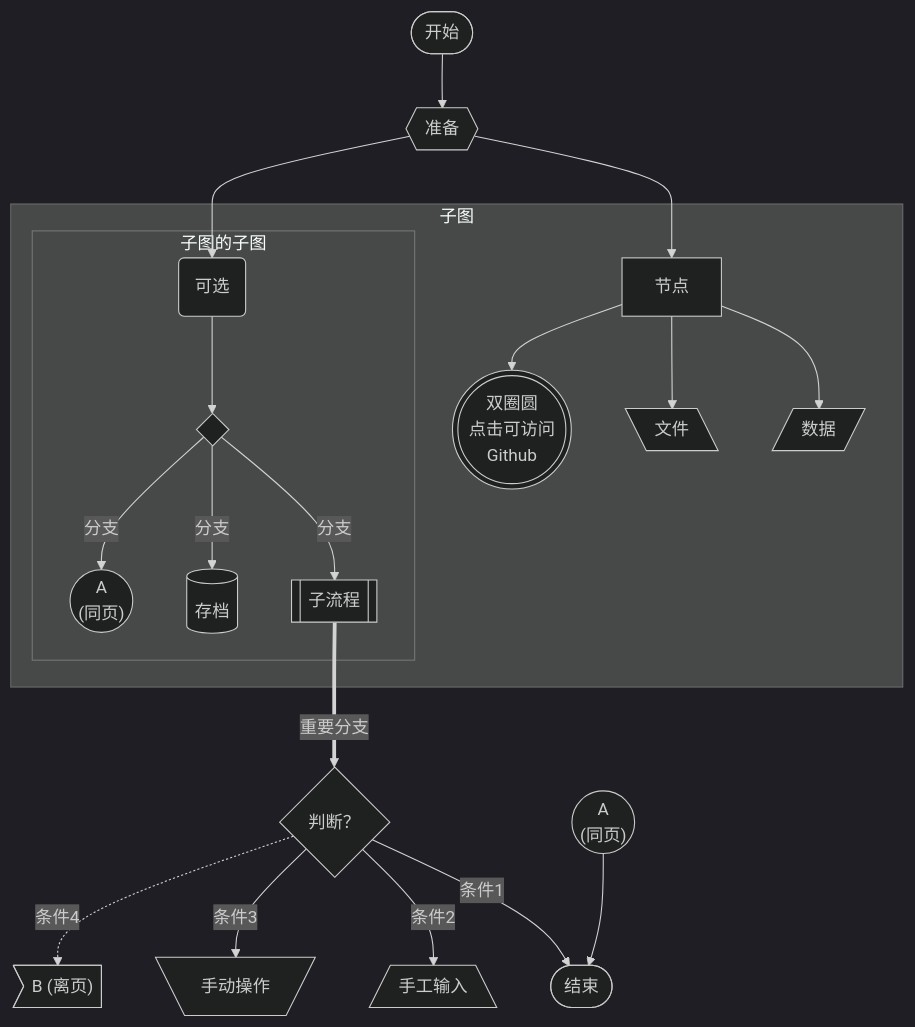
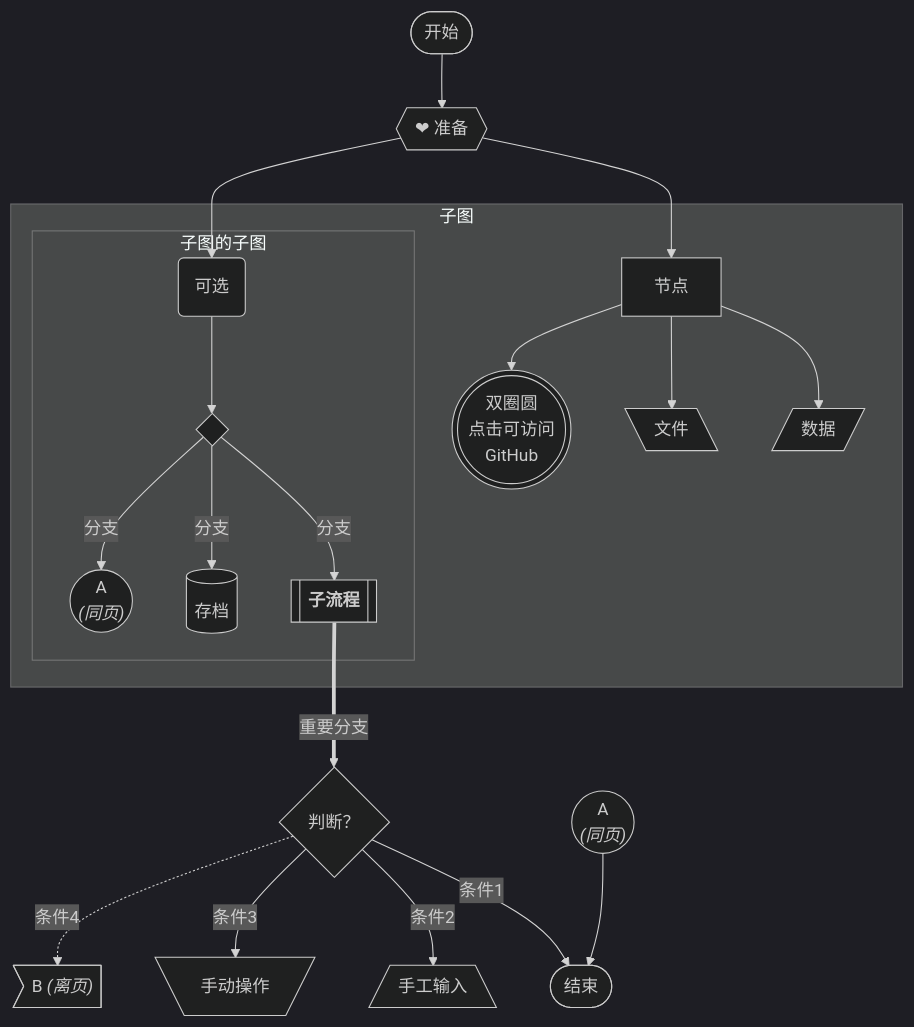
The first of 32 diagrams in released/samples/chart.md (MadMaxChow/VLOOK), drawn with Mermaid (dark theme) before and after one commit. The commit also changed other lines of this file and 273 other files, not shown here.

````diff
--- a/released/samples/chart.md
+++ b/released/samples/chart.md
@@ -75,34 +75,34 @@
 ```mermaid
 flowchart TB
 %% 图的方向说明
 %% LR：从左到图，RL：从右到左，TB：从上到下，BT：从下到上
 
 %% 连续连接
 START([开始])
-START --> pre1{{准备}} --> node2[节点]
+START --> pre1{{"❤ 准备"}} --> node2[节点]
 pre1 --> node1(可选)
 
 subgraph 子图
   subgraph 子图的子图
     %% 一对多
     node1 --> join1{ }
-    join1 --> |分支|groud1[[子流程]] & database[(存档)] & inpage1(("A<br>(同页)"))
+    join1 --> |分支|groud1[["`**子流程**`"]] & database[(存档)] & inpage1(("`A<br>_(同页)_`"))
     %% click clickable "#Mermaid 的状态机图"
   end  	
 node2 --> data1[/数据/]
 node2 --> data2[\文件\]
-node2 --> data3(((双圈圆<br>点击可访问<br>Github)))
+node2 --> data3(((双圈圆<br>点击可访问<br>GitHub)))
 click data3 "https://www.github.com" _blank
 end
 
 %% this is a comment
 
 groud1 ==> |重要分支|cond1{"判断？"}
 cond1 --> |条件1|END
 cond1 --> |条件2|B[/手工输入\]
 cond1 --> |条件3|B2[\手动操作/]
-cond1 -.-> |条件4|outpage2>"B (离页)"]
+cond1 -.-> |条件4|outpage2>"`B _(离页)_`"]
 
-inpage2(("A<br>(同页)")) --> END
+inpage2(("`A<br>_(同页)_`")) --> END
 END([结束])
 ```
````
